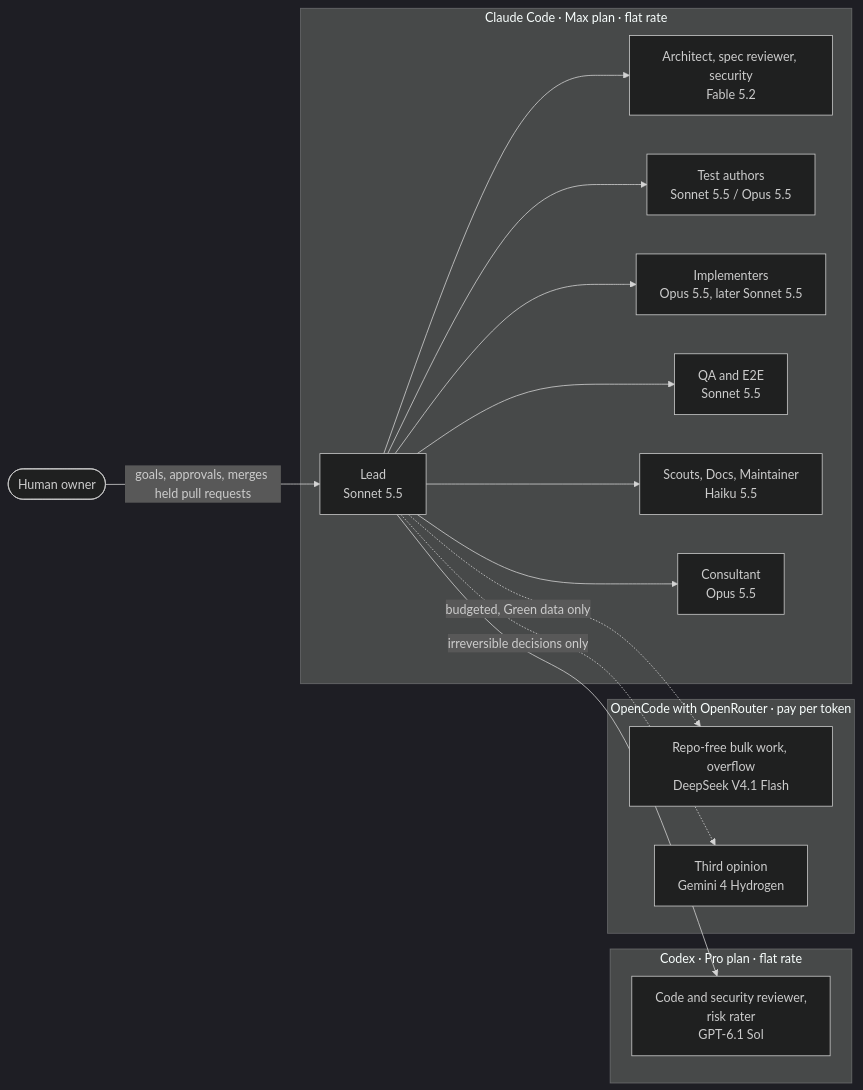
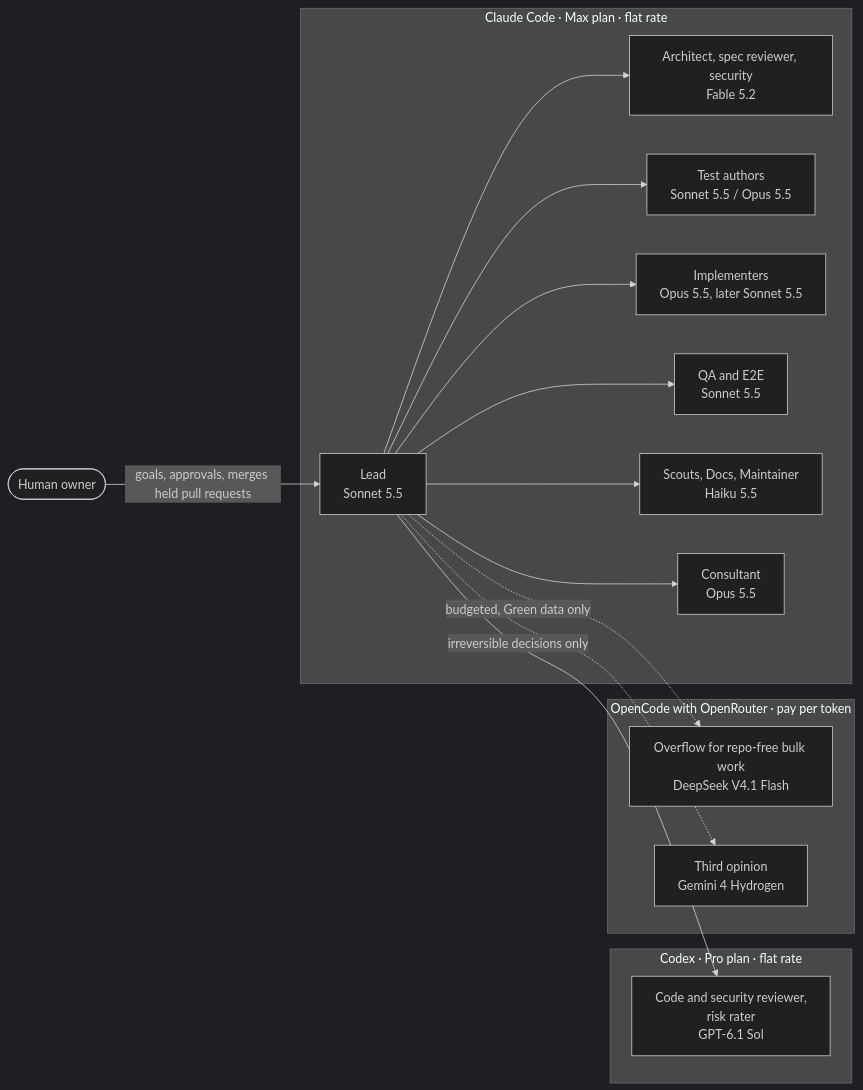
Before and after one commit to gerdschaeffer/t3-agentic-coding: the first of 12 diagrams in CONCEPT.md, drawn with Mermaid (dark theme). The commit also changed other lines of this file, not shown here.

First line of the commit message:
Narrow bulk worker to overflow for repo-free work in CONCEPT.md

````diff
--- a/CONCEPT.md
+++ b/CONCEPT.md
@@ -48,30 +48,30 @@
 ```mermaid
 flowchart LR
     H(["Human owner"])
     subgraph CC["Claude Code · Max plan · flat rate"]
         L["Lead<br/>Sonnet 5.5"]
         A["Architect, spec reviewer, security<br/>Fable 5.2"]
         T["Test authors<br/>Sonnet 5.5 / Opus 5.5"]
         I["Implementers<br/>Opus 5.5, later Sonnet 5.5"]
         Q["QA and E2E<br/>Sonnet 5.5"]
         S["Scouts, Docs, Maintainer<br/>Haiku 5.5"]
         C["Consultant<br/>Opus 5.5"]
     end
     subgraph CX["Codex · Pro plan · flat rate"]
         R["Code and security reviewer,<br/>risk rater<br/>GPT-6.1 Sol"]
     end
     subgraph OR["OpenCode with OpenRouter · pay per token"]
-        B["Repo-free bulk work, overflow<br/>DeepSeek V4.1 Flash"]
+        B["Overflow for repo-free bulk work<br/>DeepSeek V4.1 Flash"]
         G["Third opinion<br/>Gemini 4 Hydrogen"]
     end
     H -- "goals, approvals, merges held pull requests" --> L
     L --> A
     L --> I
     L --> Q
     L --> S
     L --> R
     L --> T
     L --> C
     L -. "budgeted, Green data only" .-> B
     L -. "irreversible decisions only" .-> G
 ```
````
